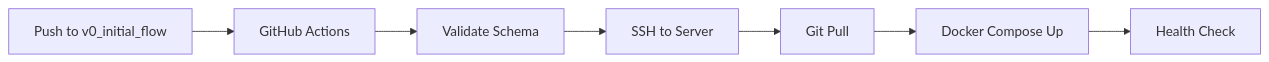
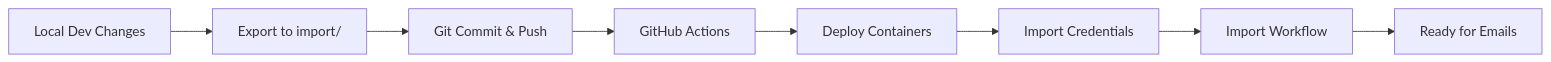
One commit to mpbrigham/materials-archive-extraction changed the diagram in v0_initial_flow/DEPLOYMENT.md. Above: the diagram before and after it, drawn with Mermaid. The commit also changed other lines of this file and 2 other files, not shown here.

````diff
--- a/v0_initial_flow/DEPLOYMENT.md
+++ b/v0_initial_flow/DEPLOYMENT.md
@@ -219,9 +250,10 @@
 ```mermaid
 graph LR
-    A[Push to v0_initial_flow] --> B[GitHub Actions]
-    B --> C[Validate Schema]
-    C --> D[SSH to Server]
-    D --> E[Git Pull]
-    E --> F[Docker Compose Up]
-    F --> G[Health Check]
+    A[Local Dev Changes] --> B[Export to import/]
+    B --> C[Git Commit & Push]
+    C --> D[GitHub Actions]
+    D --> E[Deploy Containers]
+    E --> F[Import Credentials]
+    F --> G[Import Workflow]
+    G --> H[Ready for Emails]
 ```
````
